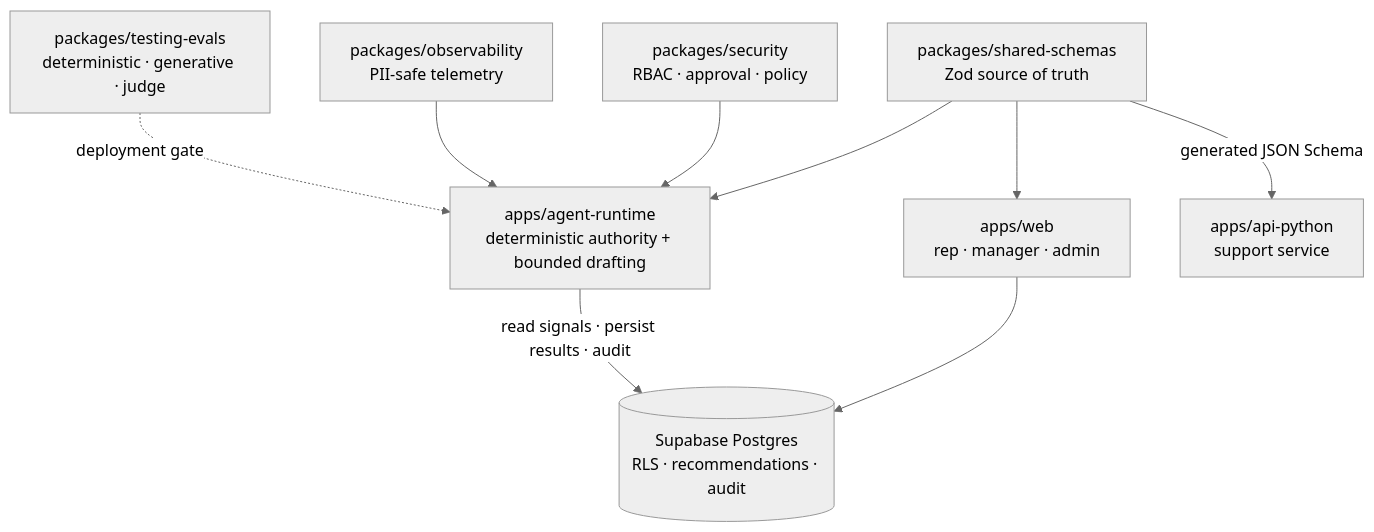
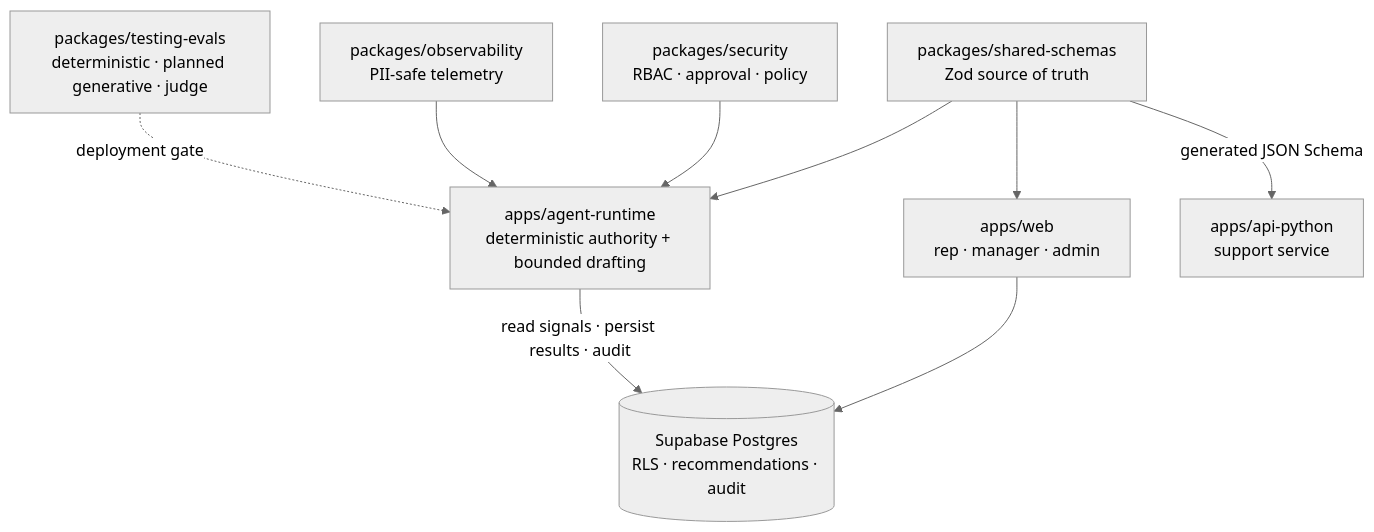
The third of 3 diagrams in README.md (Lvvphole/ai-account-prioritization), drawn with Mermaid (neutral theme) before and after one commit. The commit also changed other lines of this file, not shown here.

Commit message:
Address Codex review: mark generative gates as planned

````diff
--- a/README.md
+++ b/README.md
@@ -197,20 +199,20 @@
 ```mermaid
 flowchart TB
     W["apps/web<br/>rep · manager · admin"]
     R["apps/agent-runtime<br/>deterministic authority + bounded drafting"]
     S["packages/shared-schemas<br/>Zod source of truth"]
     SEC["packages/security<br/>RBAC · approval · policy"]
     OBS["packages/observability<br/>PII-safe telemetry"]
     P["apps/api-python<br/>support service"]
-    J["packages/testing-evals<br/>deterministic · generative · judge"]
+    J["packages/testing-evals<br/>deterministic · planned generative · judge"]
     DB[("Supabase Postgres<br/>RLS · recommendations · audit")]
 
     W --> DB
     R -->|read signals · persist results · audit| DB
     S --> R
     S --> W
     S -->|generated JSON Schema| P
     SEC --> R
     OBS --> R
     J -. deployment gate .-> R
 ```
````
